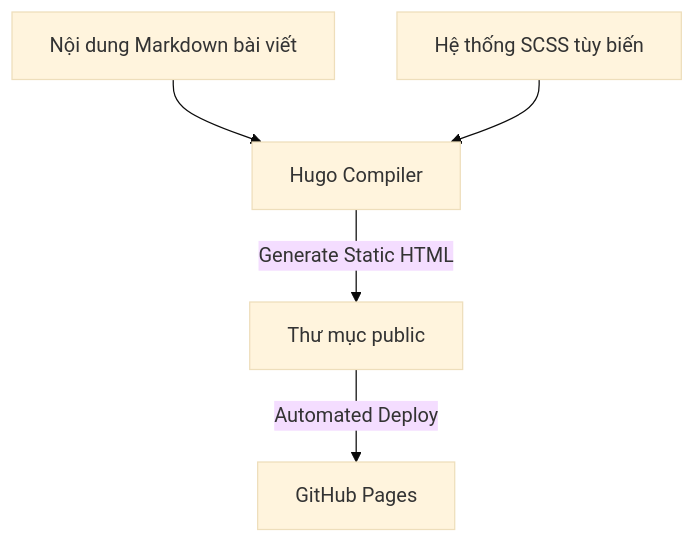
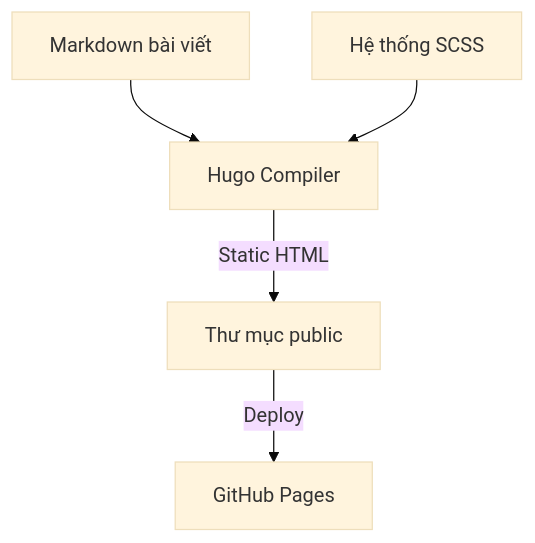
One commit to nguyengoctin/my_website changed the diagram in content/posts/personal-hugo-technical-blog.md. Above: the diagram before and after it, drawn with Mermaid (base theme). The commit also changed 9 other files, not shown here.

````diff
--- a/content/posts/personal-hugo-technical-blog.md
+++ b/content/posts/personal-hugo-technical-blog.md
@@ -22,7 +22,12 @@
 ```mermaid
 flowchart TD
-    MD["Nội dung Markdown bài viết"] --> Hugo["Hugo Compiler"]
-    SCSS["Hệ thống SCSS tùy biến"] --> Hugo
-    Hugo -->|Generate Static HTML| Dist["Thư mục public"]
-    Dist -->|Automated Deploy| GHPages["GitHub Pages"]
+    MD["`Markdown bài viết`"]
+    SCSS["`Hệ thống SCSS`"]
+    Hugo["`Hugo Compiler`"]
+    Dist["`Thư mục public`"]
+    GHPages["`GitHub Pages`"]
+    MD --> Hugo
+    SCSS --> Hugo
+    Hugo -->|Static HTML| Dist
+    Dist -->|Deploy| GHPages
 ```
````
